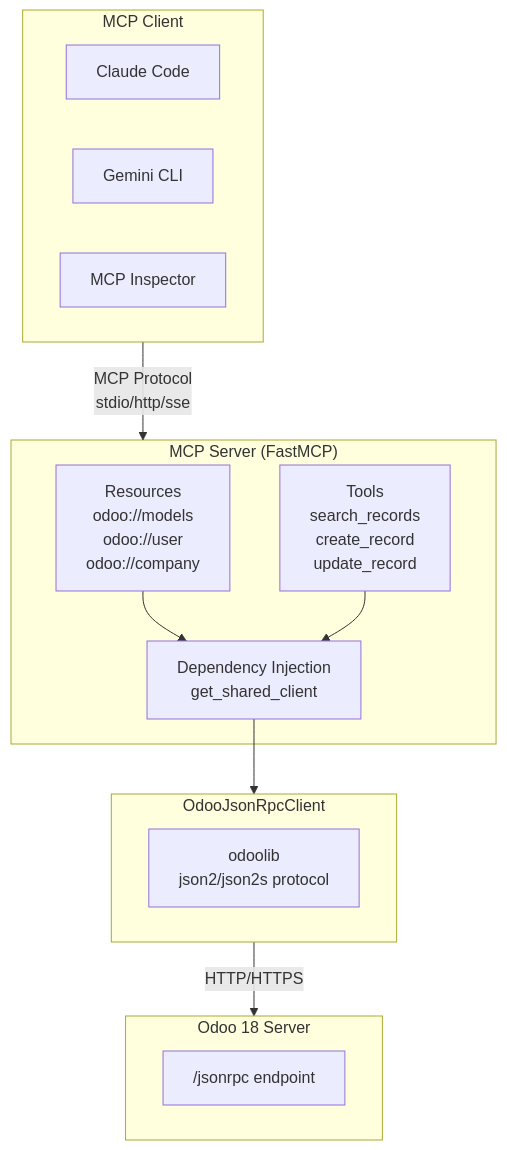
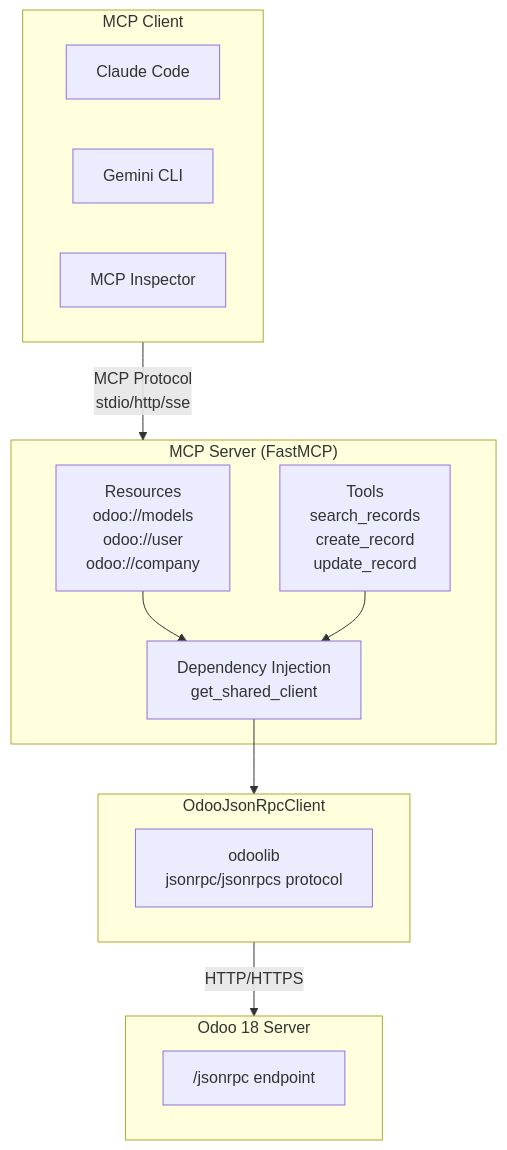
Before and after one commit to KKday-KevinChu/odoo18-mcp-server: the diagram in README.md, drawn with Mermaid. The commit also changed other lines of this file, not shown here.

First line of the commit message:
[IMP] Update README for Odoo 18 protocol, get_views, and setup wizard

````diff
--- a/README.md
+++ b/README.md
@@ -18,28 +18,28 @@
 ```mermaid
 flowchart TB
     subgraph Client["MCP Client"]
         CC[Claude Code]
         GC[Gemini CLI]
         MI[MCP Inspector]
     end
 
     subgraph Server["MCP Server (FastMCP)"]
         R[Resources<br/>odoo://models<br/>odoo://user<br/>odoo://company]
         T[Tools<br/>search_records<br/>create_record<br/>update_record]
         DI[Dependency Injection<br/>get_shared_client]
     end
 
     subgraph RPC["OdooJsonRpcClient"]
-        OL[odoolib<br/>json2/json2s protocol]
+        OL[odoolib<br/>jsonrpc/jsonrpcs protocol]
     end
 
     subgraph Odoo["Odoo 18 Server"]
         EP["/jsonrpc endpoint"]
     end
 
     Client -->|MCP Protocol<br/>stdio/http/sse| Server
     R --> DI
     T --> DI
     DI --> RPC
     RPC -->|HTTP/HTTPS| Odoo
 ```
````
